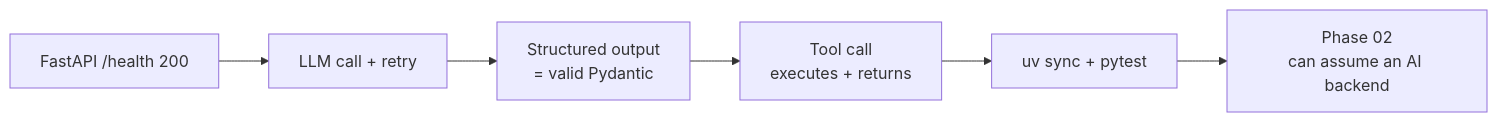
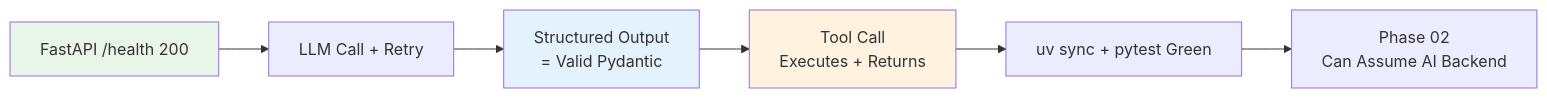
The diagram in AI/01_Fundamentals/Checklist.md (kotiansukesh/Engineering-Knowledge-System), drawn with Mermaid before and after one commit. The commit also changed other lines of this file and 546 other files, not shown here.

````diff
--- a/AI/01_Fundamentals/Checklist.md
+++ b/AI/01_Fundamentals/Checklist.md
@@ -14,8 +25,11 @@
 ```mermaid
 flowchart LR
- G1["FastAPI /health 200"] --> G2["LLM call + retry"]
- G2 --> G3["Structured output<br/>= valid Pydantic"]
- G3 --> G4["Tool call<br/>executes + returns"]
- G4 --> G5["uv sync + pytest"]
- G5 --> Done["Phase 02<br/>can assume an AI backend"]
+    G1[FastAPI /health 200] --> G2[LLM Call + Retry]
+    G2 --> G3[Structured Output<br/>= Valid Pydantic]
+    G3 --> G4[Tool Call<br/>Executes + Returns]
+    G4 --> G5[uv sync + pytest Green]
+    G5 --> Done[Phase 02<br/>Can Assume AI Backend]
+    style G1 fill:#e8f5e9
+    style G3 fill:#e3f2fd
+    style G4 fill:#fff3e0
 ```
````
